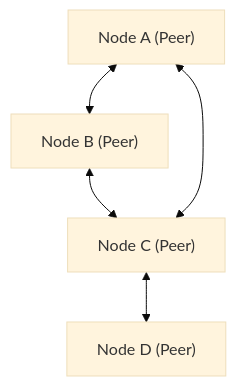
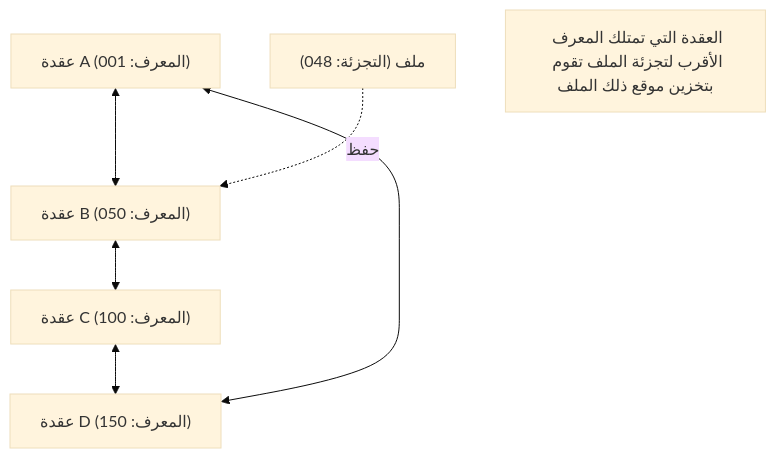
The diagram in content/post/history-of-p2p/index.ar.md (kenjinote/blog), drawn with Mermaid (base theme) before and after one commit. The commit also changed other lines of this file and 67 other files, not shown here.

````diff
--- a/content/post/history-of-p2p/index.ar.md
+++ b/content/post/history-of-p2p/index.ar.md
@@ -22,7 +44,9 @@
 ```mermaid
-graph TD;
-    A["Node A (Peer)"] <--> B["Node B (Peer)"];
-    B <--> C["Node C (Peer)"];
-    C <--> A;
-    C <--> D["Node D (Peer)"];
+graph TD
+    NodeA["عقدة A (المعرف: 001)"] <--> NodeB["عقدة B (المعرف: 050)"]
+    NodeB <--> NodeC["عقدة C (المعرف: 100)"]
+    NodeC <--> NodeD["عقدة D (المعرف: 150)"]
+    NodeD <--> NodeA
+    File["ملف (التجزئة: 048)"] -.->|"حفظ"| NodeB
+    Note["العقدة التي تمتلك المعرف الأقرب لتجزئة الملف تقوم بتخزين موقع ذلك الملف"]
 ```
````
